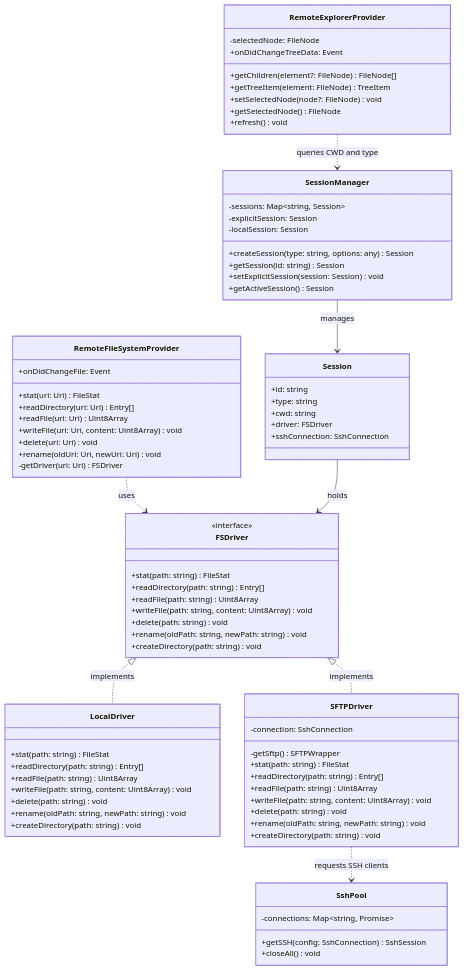
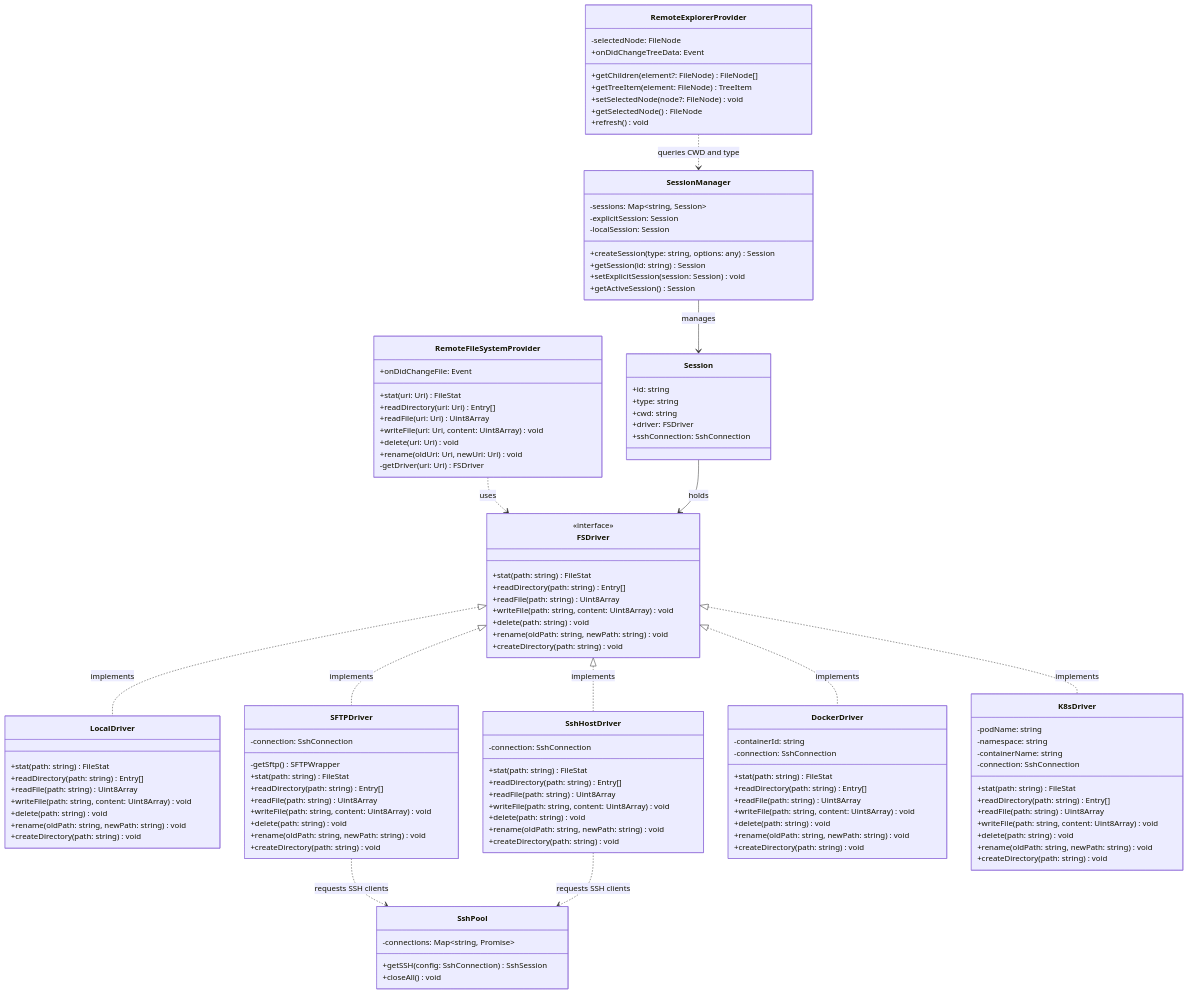
Before and after one commit to zephyd/vscode-save-commands: the diagram in doc/remote_explorer.md, drawn with Mermaid. The commit also changed other lines of this file and 1 other file, not shown here.

Commit message:
docs: add remote file explorer with SSH, Docker, and Kubernetes support and implement split-view sidebars

```diff
--- a/doc/remote_explorer.md
+++ b/doc/remote_explorer.md
@@ -147,6 +159,43 @@
         +createDirectory(path: string) void
     }
 
+    class SshHostDriver {
+        -connection: SshConnection
+        +stat(path: string) FileStat
+        +readDirectory(path: string) Entry[]
+        +readFile(path: string) Uint8Array
+        +writeFile(path: string, content: Uint8Array) void
+        +delete(path: string) void
+        +rename(oldPath: string, newPath: string) void
+        +createDirectory(path: string) void
+    }
+
+    class DockerDriver {
+        -containerId: string
+        -connection: SshConnection
+        +stat(path: string) FileStat
+        +readDirectory(path: string) Entry[]
+        +readFile(path: string) Uint8Array
+        +writeFile(path: string, content: Uint8Array) void
+        +delete(path: string) void
+        +rename(oldPath: string, newPath: string) void
+        +createDirectory(path: string) void
+    }
+
+    class K8sDriver {
+        -podName: string
+        -namespace: string
+        -containerName: string
+        -connection: SshConnection
+        +stat(path: string) FileStat
+        +readDirectory(path: string) Entry[]
+        +readFile(path: string) Uint8Array
+        +writeFile(path: string, content: Uint8Array) void
+        +delete(path: string) void
+        +rename(oldPath: string, newPath: string) void
+        +createDirectory(path: string) void
+    }
+
     class SessionManager {
         -sessions: Map~string, Session~
         -explicitSession: Session
@@ -184,7 +233,11 @@
     RemoteFileSystemProvider ..> FSDriver : uses
     FSDriver <|.. LocalDriver : implements
     FSDriver <|.. SFTPDriver : implements
+    FSDriver <|.. SshHostDriver : implements
+    FSDriver <|.. DockerDriver : implements
+    FSDriver <|.. K8sDriver : implements
     SFTPDriver ..> SshPool : requests SSH clients
+    SshHostDriver ..> SshPool : requests SSH clients
     SessionManager --> Session : manages
     Session --> FSDriver : holds
     RemoteExplorerProvider ..> SessionManager : queries CWD and type
```
